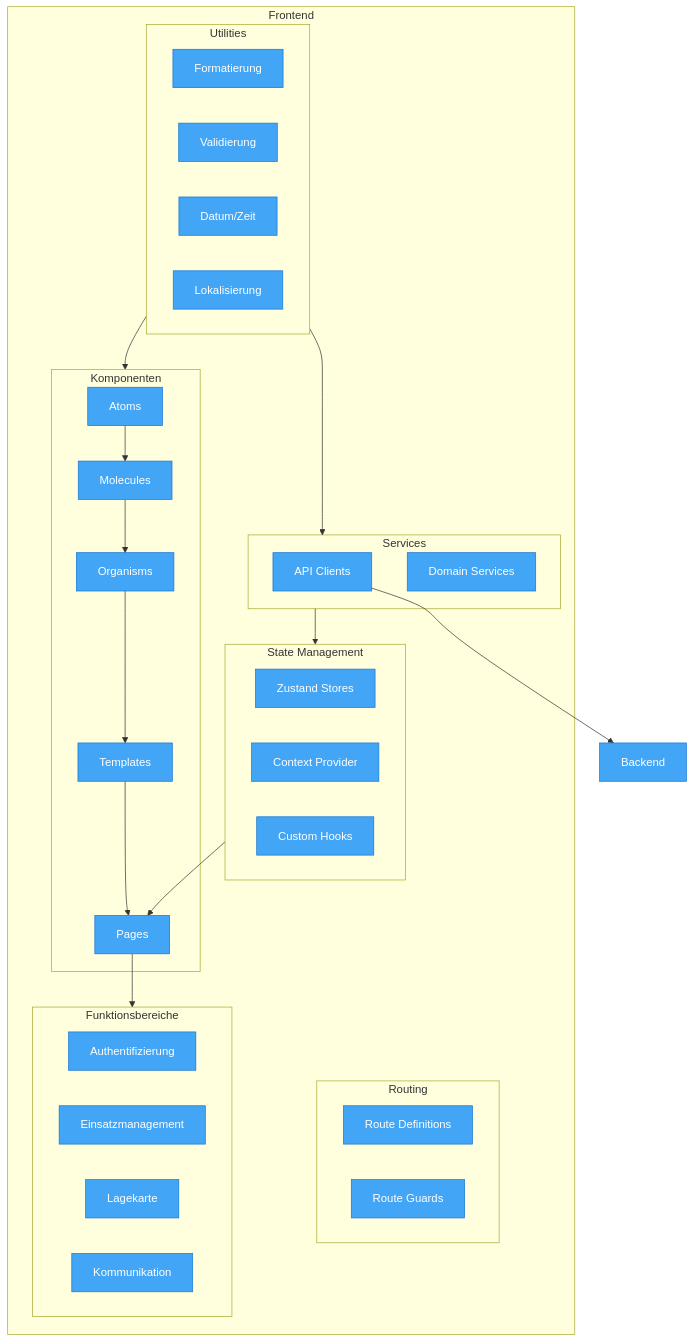
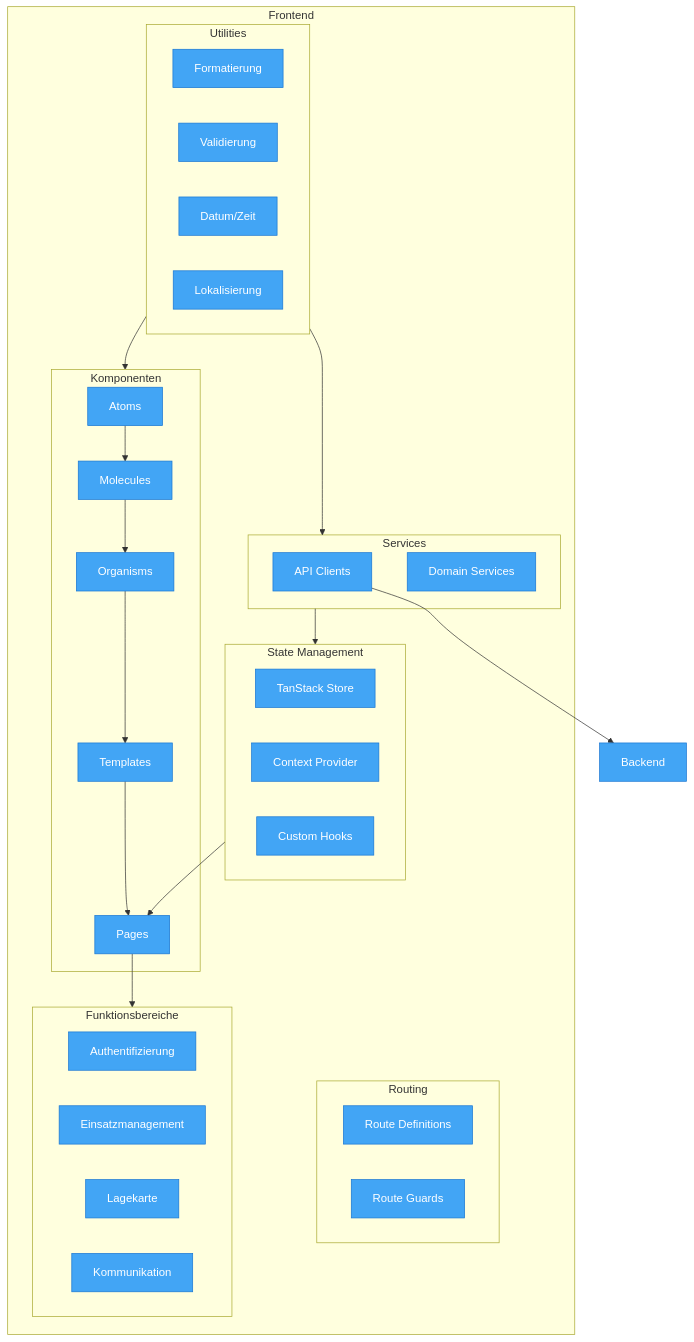
The second of 7 diagrams in docs/architecture/05-building-block-view.adoc (bluelight-hub/app), drawn with Mermaid before and after one commit. The commit also changed other lines of this file and 67 other files, not shown here.

```diff
--- a/docs/architecture/05-building-block-view.adoc
+++ b/docs/architecture/05-building-block-view.adoc
@@ -70,60 +70,60 @@
 [mermaid]
 ....
 flowchart TB
     subgraph Frontend
         subgraph Components[Komponenten]
             Atoms[Atoms]
             Molecules[Molecules]
             Organisms[Organisms]
             Templates[Templates]
             Pages[Pages]
         end
         
         subgraph State[State Management]
-            Zustand[Zustand Stores]
+            TanStackStore[TanStack Store]
             Contexts[Context Provider]
             Hooks[Custom Hooks]
         end
         
         subgraph Services[Services]
             ApiClients[API Clients]
             DomainServices[Domain Services]
         end
         
         subgraph Routing[Routing]
             Routes[Route Definitions]
             Guards[Route Guards]
         end
         
         subgraph Utils[Utilities]
             Format[Formatierung]
             Validation[Validierung]
             DateTime[Datum/Zeit]
             I18n[Lokalisierung]
         end
         
         subgraph FunctionalAreas[Funktionsbereiche]
             Auth[Authentifizierung]
             IncidentMgmt[Einsatzmanagement]
             MapView[Lagekarte]
             Communication[Kommunikation]
         end
     end
     
     %% Beziehungen zwischen Komponenten
     Atoms --> Molecules
     Molecules --> Organisms
     Organisms --> Templates
     Templates --> Pages
     
     Pages --> FunctionalAreas
     
     State --> Pages
     Services --> State
     Utils --> Services
     Utils --> Components
     
     ApiClients --> Backend
     
     classDef default fill:#42A5F5,stroke:#1976D2,color:white
 ....
```
